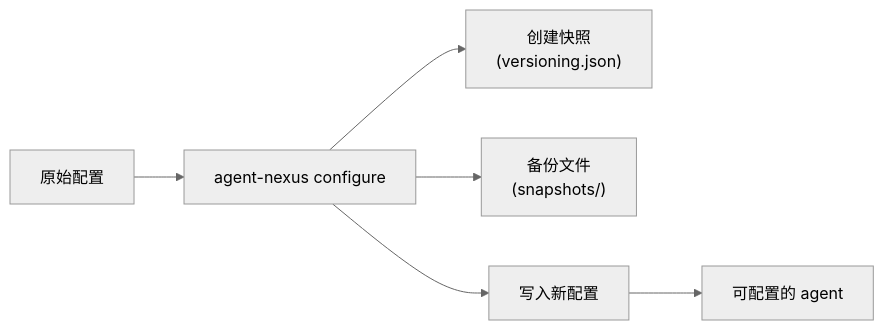
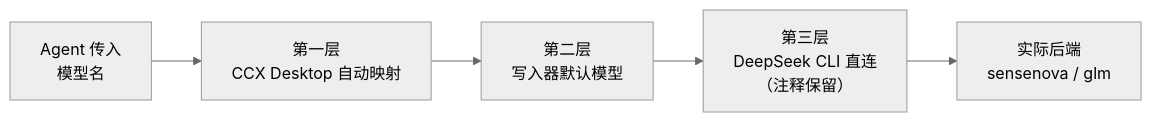
One commit to yejinlei/agent-nexus changed the first of 3 diagrams in MANUAL.md. Above: the diagram before and after it, drawn with Mermaid (neutral theme). The commit also changed other lines of this file and 1 other file, not shown here.

````diff
--- a/MANUAL.md
+++ b/MANUAL.md
@@ -17,8 +150,7 @@
 ```mermaid
-graph LR
-    A["原始配置"] --> B["agent-nexus configure"]
-    B --> C["创建快照<br/>(versioning.json)"]
-    B --> D["备份文件<br/>(snapshots/)"]
-    B --> E["写入新配置"]
-    E --> F["可配置的 agent"]
+flowchart LR
+    A["Agent 传入<br/>模型名"] --> B["第一层<br/>CCX Desktop 自动映射"]
+    B --> C["第二层<br/>写入器默认模型"]
+    C --> D["第三层<br/>DeepSeek CLI 直连<br/>（注释保留）"]
+    D --> E["实际后端<br/>sensenova / glm"]
 ```
````
